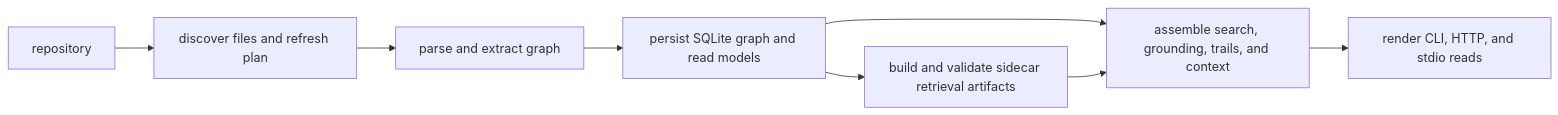
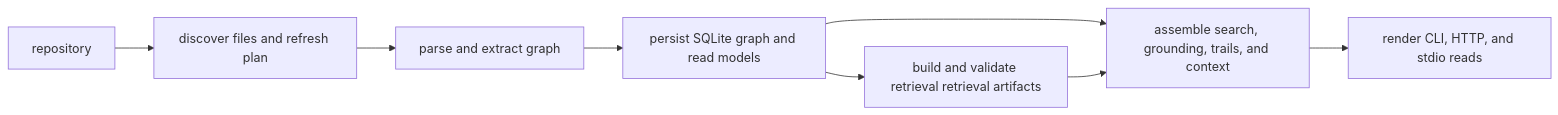
Before and after one commit to TheGreenCedar/CodeStory: the first of 2 diagrams in docs/architecture/overview.md, drawn with Mermaid. The commit also changed other lines of this file and 177 other files, not shown here.

````diff
--- a/docs/architecture/overview.md
+++ b/docs/architecture/overview.md
@@ -9,10 +9,10 @@
 ```mermaid
 flowchart LR
     Repo["repository"] --> Workspace["discover files and refresh plan"]
     Workspace --> Indexer["parse and extract graph"]
     Indexer --> Store["persist SQLite graph and read models"]
-    Store --> Retrieval["build and validate sidecar retrieval artifacts"]
+    Store --> Retrieval["build and validate retrieval retrieval artifacts"]
     Store --> Runtime["assemble search, grounding, trails, and context"]
     Retrieval --> Runtime
     Runtime --> CLI["render CLI, HTTP, and stdio reads"]
 ```
````
